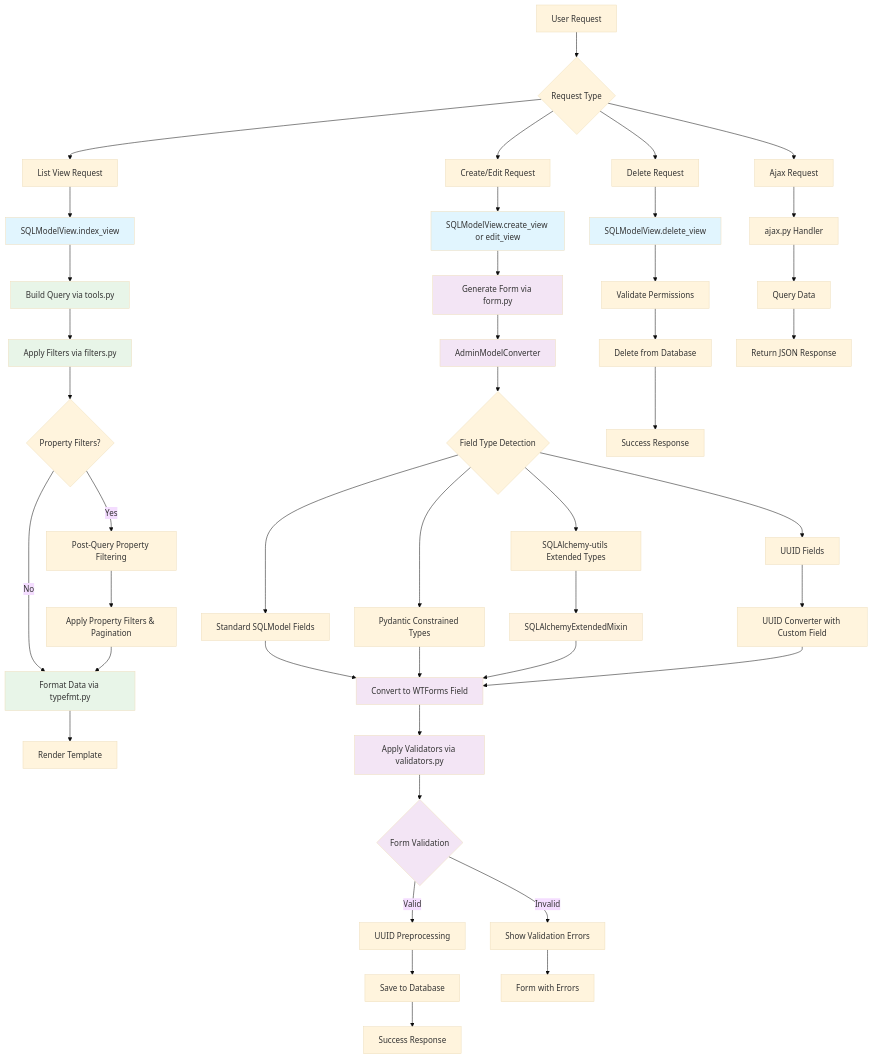
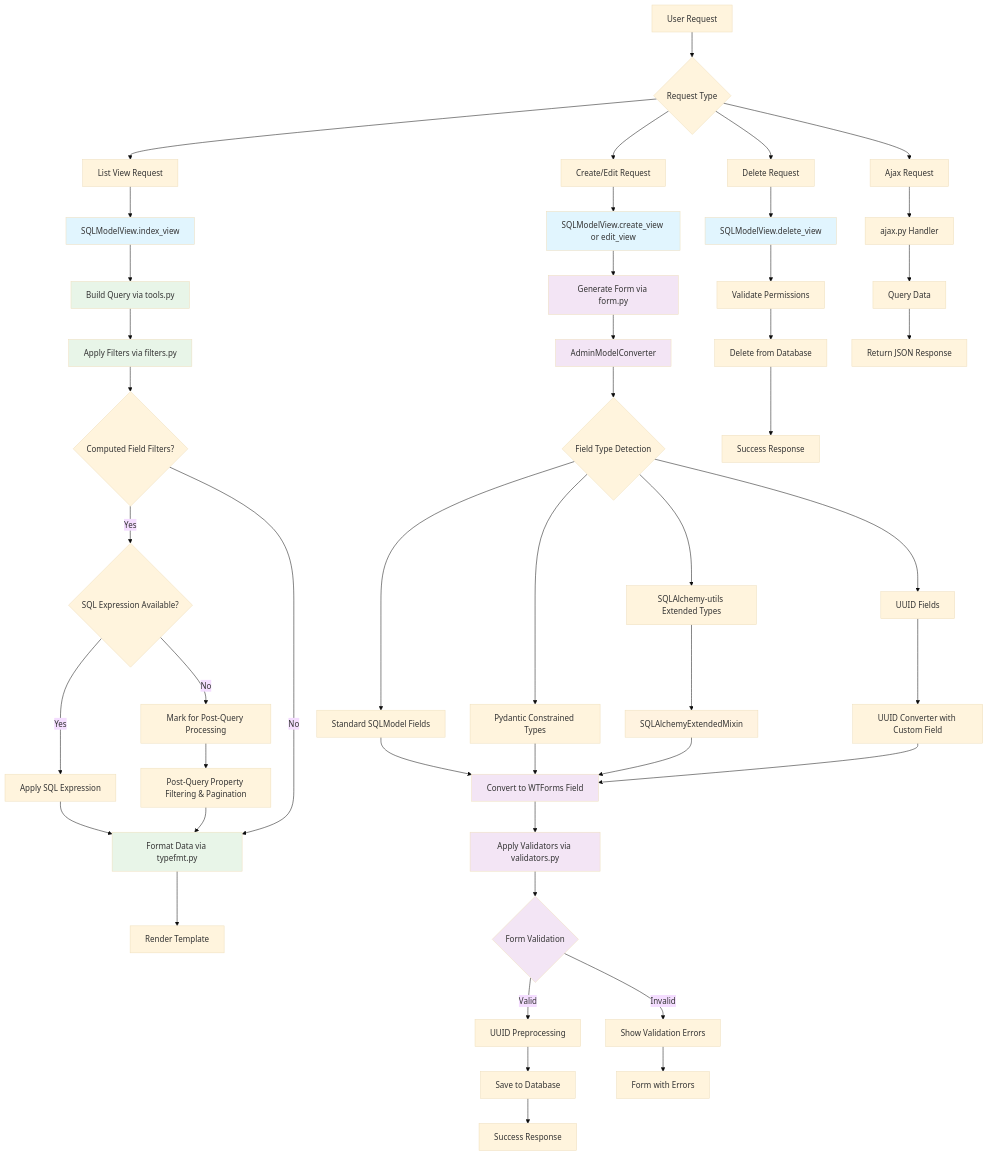
The first of 3 diagrams in flask_admin/tests/sqlmodel/SQLModel_code_structure.md (adalseno-f/flask-admin), drawn with Mermaid (base theme) before and after one commit. The commit also changed other lines of this file and 19 other files, not shown here.

Commit message:
Fix bug for computed field and basic refactoring

````diff
--- a/flask_admin/tests/sqlmodel/SQLModel_code_structure.md
+++ b/flask_admin/tests/sqlmodel/SQLModel_code_structure.md
@@ -215,69 +240,72 @@
 ```mermaid
 flowchart TD
     A[User Request] --> B{Request Type}
 
     B --> C[List View Request]
     B --> D[Create/Edit Request]
     B --> E[Delete Request]
     B --> F[Ajax Request]
 
     %% List View Flow
     C --> G[SQLModelView.index_view]
     G --> H[Build Query via tools.py]
     H --> I[Apply Filters via filters.py]
-    I --> II{Property Filters?}
-    II -->|Yes| III[Post-Query Property Filtering]
-    II -->|No| J[Format Data via typefmt.py]
-    III --> IIII[Apply Property Filters & Pagination]
+    I --> II{Computed Field Filters?}
+    II -->|Yes| III{SQL Expression Available?}
+    III -->|Yes| IIIA[Apply SQL Expression]
+    III -->|No| IIIB[Mark for Post-Query Processing]
+    IIIA --> J[Format Data via typefmt.py]
+    IIIB --> IIII[Post-Query Property Filtering & Pagination]
+    II -->|No| J
     IIII --> J
     J --> K[Render Template]
 
     %% Create/Edit Flow
     D --> L[SQLModelView.create_view or edit_view]
     L --> M[Generate Form via form.py]
     M --> N[AdminModelConverter]
     N --> O{Field Type Detection}
 
     O --> P[Standard SQLModel Fields]
     O --> Q[Pydantic Constrained Types]
     O --> R[SQLAlchemy-utils Extended Types]
     O --> PP[UUID Fields]
 
     P --> S[Convert to WTForms Field]
     Q --> S
     R --> T[SQLAlchemyExtendedMixin]
     PP --> SS[UUID Converter with Custom Field]
     T --> S
     SS --> S
 
     S --> U[Apply Validators via validators.py]
     U --> V{Form Validation}
     V -->|Valid| VV[UUID Preprocessing]
     VV --> W[Save to Database]
     V -->|Invalid| X[Show Validation Errors]
 
     W --> Y[Success Response]
     X --> Z[Form with Errors]
 
     %% Delete Flow
     E --> AA[SQLModelView.delete_view]
     AA --> BB[Validate Permissions]
     BB --> CC[Delete from Database]
     CC --> DD[Success Response]
 
     %% Ajax Flow
     F --> EE[ajax.py Handler]
     EE --> FF[Query Data]
     FF --> GG[Return JSON Response]
 
     %% Styling
     classDef viewClass fill:#e1f5fe
     classDef formClass fill:#f3e5f5
     classDef toolClass fill:#e8f5e8
     classDef mixinClass fill:#fff3e0
 
     class G,L,AA viewClass
     class M,N,S,U,V formClass
     class H,I,J toolClass
     class T mixinClass
 ```
````
